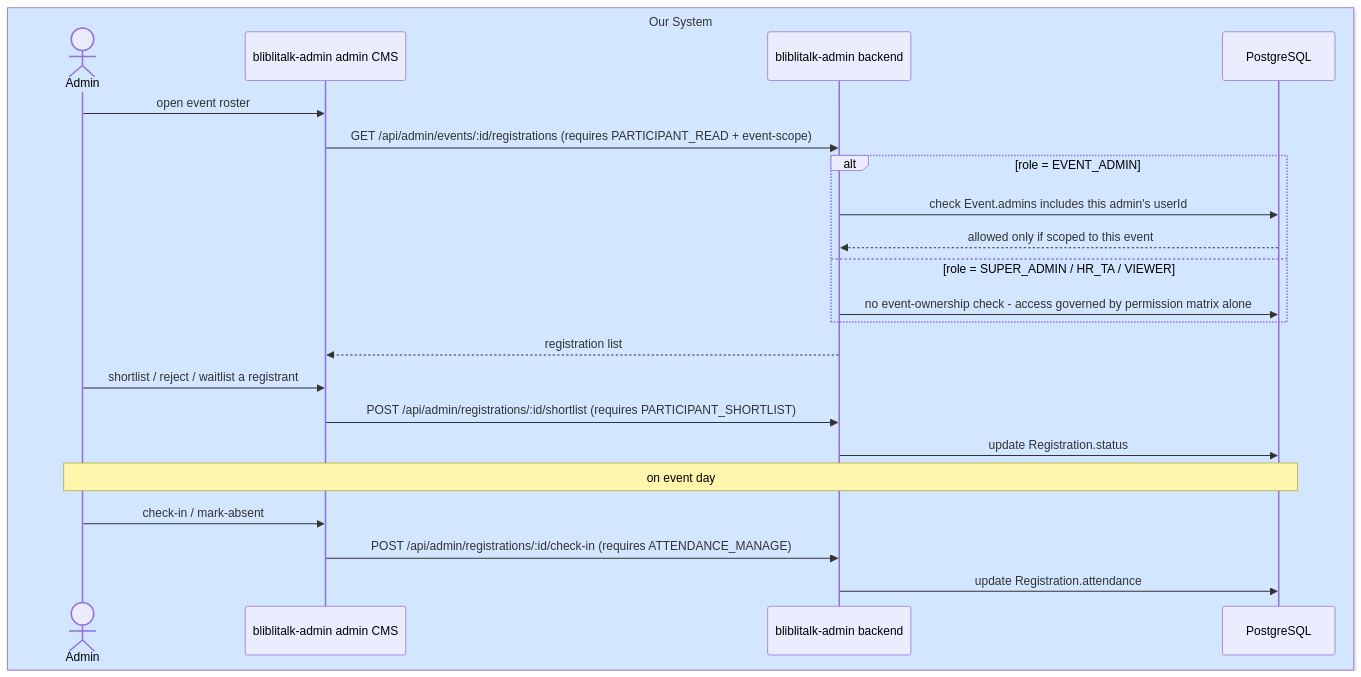
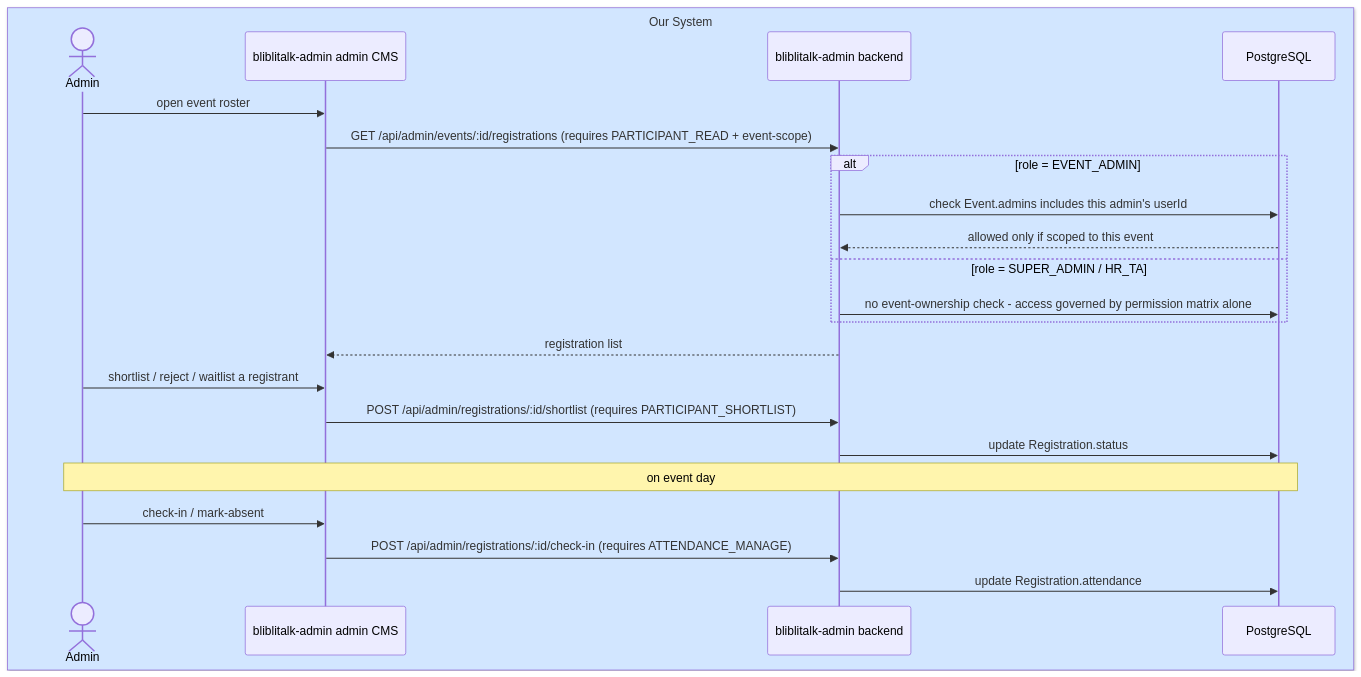
One commit to gdncomm-david-dk/bliblitalk-admin-panel changed the seventh of 12 diagrams in docs/DESIGN.md. Above: the diagram before and after it, drawn with Mermaid. The commit also changed other lines of this file, not shown here.

````diff
--- a/docs/DESIGN.md
+++ b/docs/DESIGN.md
@@ -381,28 +449,28 @@
 ```mermaid
 sequenceDiagram
     box rgb(210,230,255) Our System
       actor Admin
       participant AdminFE as bliblitalk-admin admin CMS
       participant API as bliblitalk-admin backend
       participant DB as PostgreSQL
     end
 
     Admin->>AdminFE: open event roster
     AdminFE->>API: GET /api/admin/events/:id/registrations (requires PARTICIPANT_READ + event-scope)
 
     alt role = EVENT_ADMIN
       API->>DB: check Event.admins includes this admin's userId
       DB-->>API: allowed only if scoped to this event
-    else role = SUPER_ADMIN / HR_TA / VIEWER
+    else role = SUPER_ADMIN / HR_TA
       API->>DB: no event-ownership check - access governed by permission matrix alone
     end
 
     API-->>AdminFE: registration list
     Admin->>AdminFE: shortlist / reject / waitlist a registrant
     AdminFE->>API: POST /api/admin/registrations/:id/shortlist (requires PARTICIPANT_SHORTLIST)
     API->>DB: update Registration.status
     Note over Admin,DB: on event day
     Admin->>AdminFE: check-in / mark-absent
     AdminFE->>API: POST /api/admin/registrations/:id/check-in (requires ATTENDANCE_MANAGE)
     API->>DB: update Registration.attendance
 ```
````
